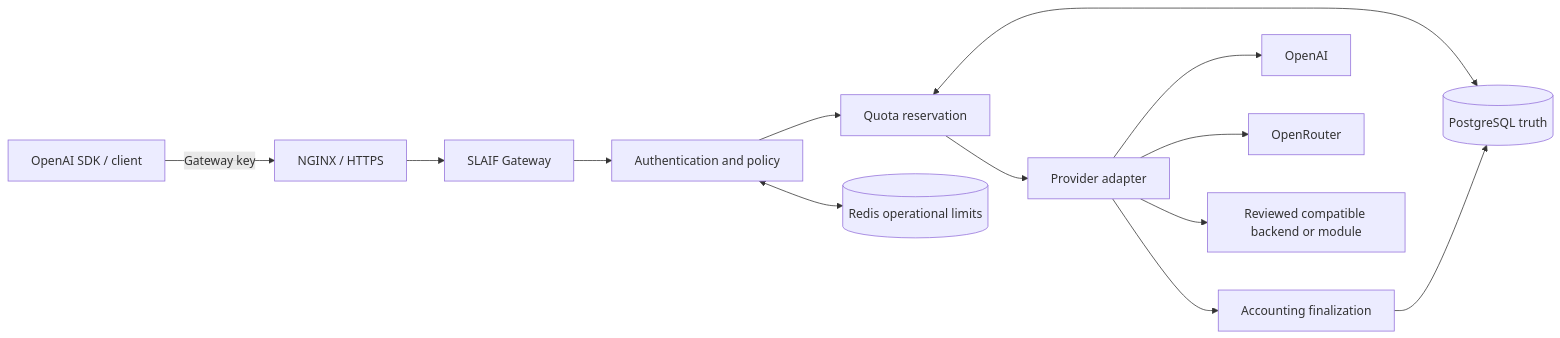
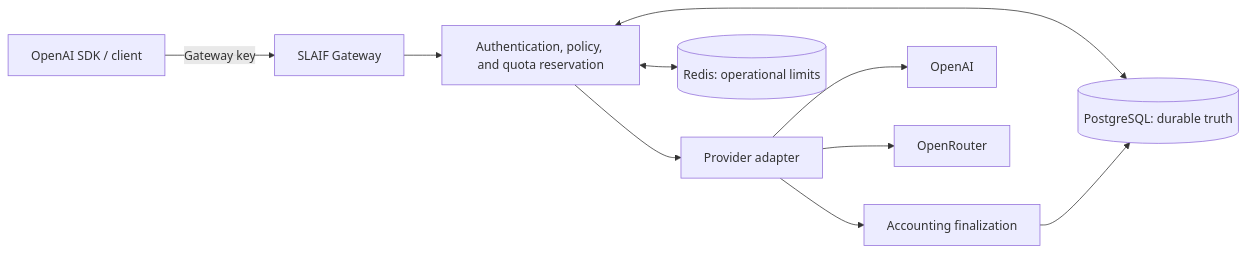
The diagram in README.md (ulfe-lmi/slaif-api-gateway), drawn with Mermaid before and after one commit. The commit also changed other lines of this file and 24 other files, not shown here.

````diff
--- a/README.md
+++ b/README.md
@@ -49,15 +47,12 @@
 ```mermaid
 flowchart LR
-    C[OpenAI SDK / client] -->|Gateway key| N[NGINX / HTTPS]
-    N --> G[SLAIF Gateway]
-    G --> A[Authentication and policy]
-    A --> Q[Quota reservation]
-    Q <--> P[(PostgreSQL truth)]
-    A <--> R[(Redis operational limits)]
-    Q --> F[Provider adapter]
+    C[OpenAI SDK / client] -->|Gateway key| G[SLAIF Gateway]
+    G --> A[Authentication, policy, and quota reservation]
+    A <--> P[(PostgreSQL: durable truth)]
+    A <--> R[(Redis: operational limits)]
+    A --> F[Provider adapter]
     F --> O[OpenAI]
     F --> OR[OpenRouter]
-    F --> B[Reviewed compatible backend or module]
     F --> X[Accounting finalization]
     X --> P
 ```
````
